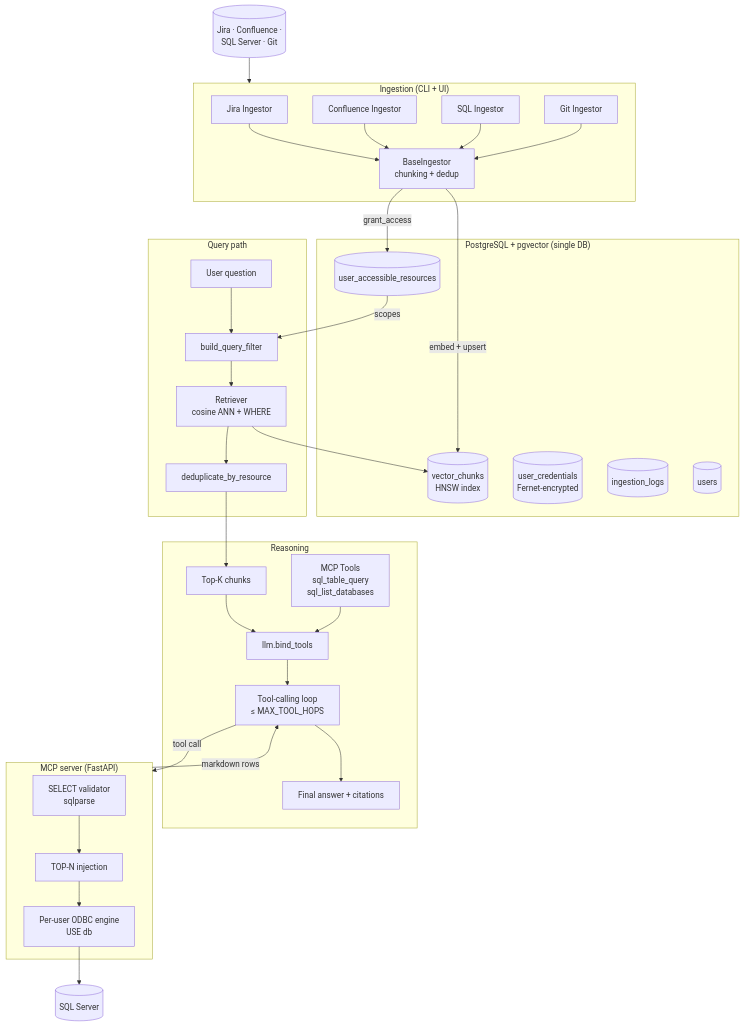
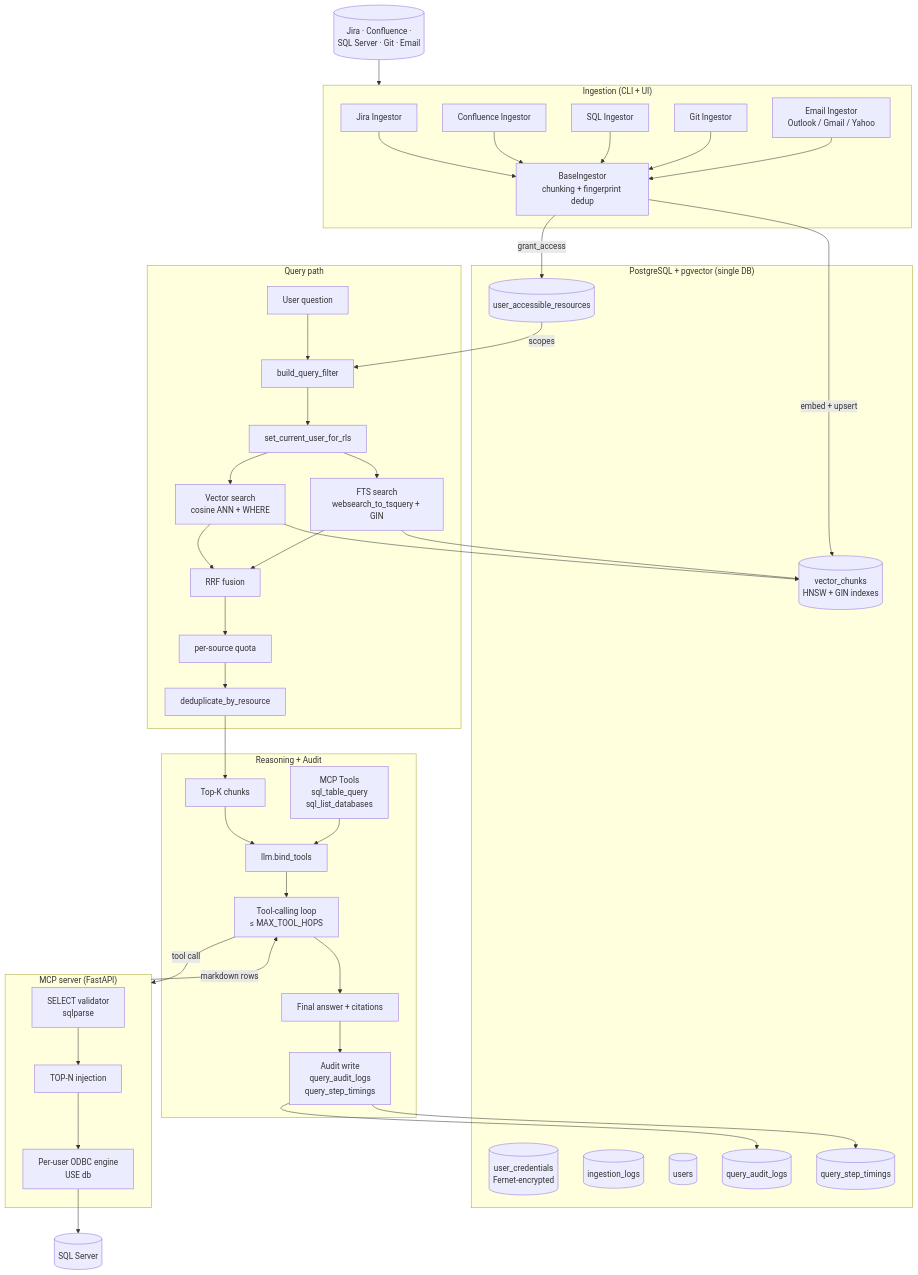
Before and after one commit to pyardley/CorpRAGPostgres: the second of 4 diagrams in rag-multi-source/RAG-SYSTEM-DOCUMENTATION.md, drawn with Mermaid. The commit also changed other lines of this file and 42 other files, not shown here.

````diff
--- a/rag-multi-source/RAG-SYSTEM-DOCUMENTATION.md
+++ b/rag-multi-source/RAG-SYSTEM-DOCUMENTATION.md
@@ -93,59 +117,75 @@
 ```mermaid
 flowchart TB
     subgraph Ingestion["Ingestion (CLI + UI)"]
         I1[Jira Ingestor]
         I2[Confluence Ingestor]
         I3[SQL Ingestor]
         I4[Git Ingestor]
-        IB[BaseIngestor<br/>chunking + dedup]
+        I5[Email Ingestor<br/>Outlook / Gmail / Yahoo]
+        IB[BaseIngestor<br/>chunking + fingerprint dedup]
         I1 --> IB
         I2 --> IB
         I3 --> IB
         I4 --> IB
+        I5 --> IB
     end
 
     subgraph Storage["PostgreSQL + pgvector (single DB)"]
-        VC[(vector_chunks<br/>HNSW index)]
+        VC[(vector_chunks<br/>HNSW + GIN indexes)]
         UAR[(user_accessible_resources)]
         UC[(user_credentials<br/>Fernet-encrypted)]
         IL[(ingestion_logs)]
         US[(users)]
+        QAL[(query_audit_logs)]
+        QST[(query_step_timings)]
     end
 
     subgraph Retrieval["Query path"]
         Q[User question]
         BF[build_query_filter]
-        R[Retriever<br/>cosine ANN + WHERE]
+        RLS[set_current_user_for_rls]
+        VS[Vector search<br/>cosine ANN + WHERE]
+        FS[FTS search<br/>websearch_to_tsquery + GIN]
+        RRF[RRF fusion]
+        Quota[per-source quota]
         DD[deduplicate_by_resource]
-        Q --> BF --> R --> DD
+        Q --> BF --> RLS --> VS
+        RLS --> FS
+        VS --> RRF
+        FS --> RRF
+        RRF --> Quota --> DD
     end
 
-    subgraph LLMPath["Reasoning"]
+    subgraph LLMPath["Reasoning + Audit"]
         Hits[Top-K chunks]
         Tools[MCP Tools<br/>sql_table_query<br/>sql_list_databases]
         Bind[llm.bind_tools]
         Loop[Tool-calling loop<br/>≤ MAX_TOOL_HOPS]
         Answer[Final answer + citations]
+        AuditW[Audit write<br/>query_audit_logs<br/>query_step_timings]
         Hits --> Bind
         Tools --> Bind
-        Bind --> Loop --> Answer
+        Bind --> Loop --> Answer --> AuditW
     end
 
     subgraph MCPSubsys["MCP server (FastAPI)"]
         Validate[SELECT validator<br/>sqlparse]
         Cap[TOP-N injection]
         Exec[Per-user ODBC engine<br/>USE db]
         Validate --> Cap --> Exec
     end
 
     IB -->|embed + upsert| VC
     IB -->|grant_access| UAR
-    Sources[(Jira · Confluence ·<br/>SQL Server · Git)] --> Ingestion
+    Sources[(Jira · Confluence ·<br/>SQL Server · Git · Email)] --> Ingestion
 
     UAR -->|scopes| BF
     DD --> Hits
     Loop -->|tool call| MCPSubsys
     Exec --> SQL[(SQL Server)]
     MCPSubsys -->|markdown rows| Loop
-    R --> VC
+    VS --> VC
+    FS --> VC
+    AuditW --> QAL
+    AuditW --> QST
 ```
````
